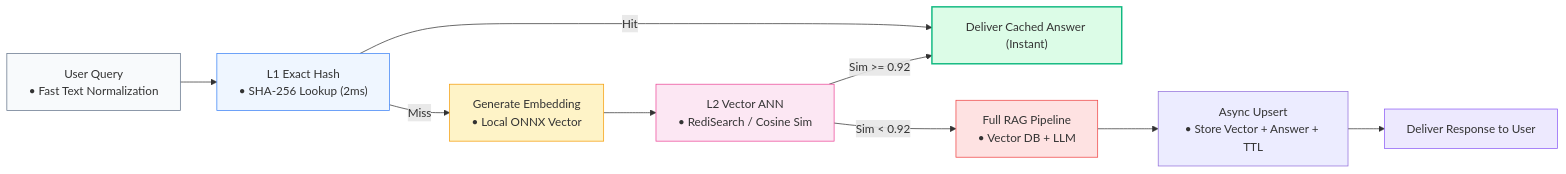
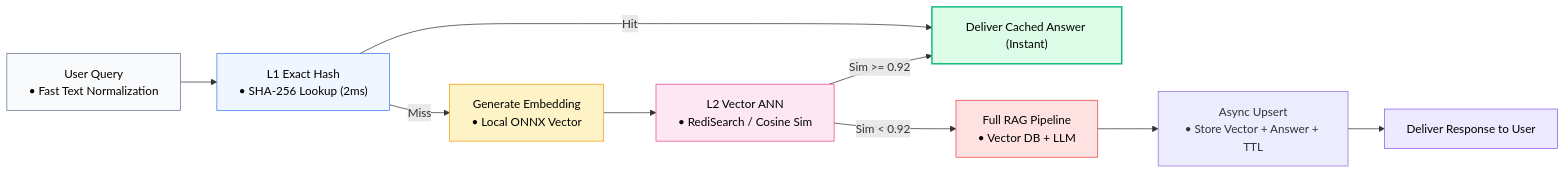
The third of 3 diagrams in 09-RAG-Deployment-and-Production/Caching.md (swapnil3104/RAG-Engineering), drawn with Mermaid before and after one commit. The commit also changed other lines of this file and 108 other files, not shown here.

Commit message:
fix: make chart text visible across all Mermaid diagrams and resolve markdown table formatting issues

````diff
--- a/09-RAG-Deployment-and-Production/Caching.md
+++ b/09-RAG-Deployment-and-Production/Caching.md
@@ -489,19 +489,19 @@
 ```mermaid
 flowchart LR
     A["User Query<br/>• Fast Text Normalization"] --> B["L1 Exact Hash<br/>• SHA-256 Lookup (2ms)"]
     B -->|"Hit"| Z["Deliver Cached Answer (Instant)"]
     B -->|"Miss"| C["Generate Embedding<br/>• Local ONNX Vector"]
     C --> D["L2 Vector ANN<br/>• RediSearch / Cosine Sim"]
     D -->|"Sim >= 0.92"| Z
     D -->|"Sim < 0.92"| E["Full RAG Pipeline<br/>• Vector DB + LLM"]
     E --> F["Async Upsert<br/>• Store Vector + Answer + TTL"]
     F --> G["Deliver Response to User"]
 
-    style A fill:#f8fafc,stroke:#64748b
-    style B fill:#eff6ff,stroke:#3b82f6
-    style Z fill:#dcfce7,stroke:#10b981,stroke-width:2px
-    style C fill:#fef3c7,stroke:#f59e0b
-    style D fill:#fce7f3,stroke:#ec4899
-    style E fill:#fee2e2,stroke:#ef4444
-    style G fill:#ede9fe,stroke:#8b5cf6
+    style A fill:#f8fafc,stroke:#64748b,color:#000000
+    style B fill:#eff6ff,stroke:#3b82f6,color:#000000
+    style Z fill:#dcfce7,stroke:#10b981,stroke-width:2px,color:#000000
+    style C fill:#fef3c7,stroke:#f59e0b,color:#000000
+    style D fill:#fce7f3,stroke:#ec4899,color:#000000
+    style E fill:#fee2e2,stroke:#ef4444,color:#000000
+    style G fill:#ede9fe,stroke:#8b5cf6,color:#000000
 ```
````
